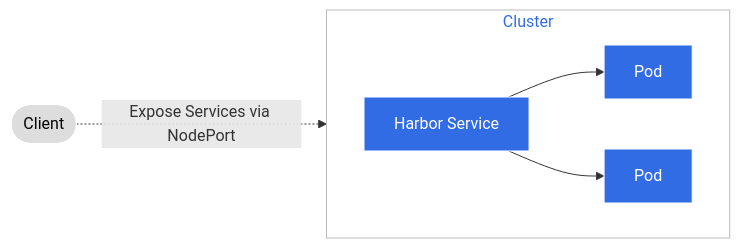
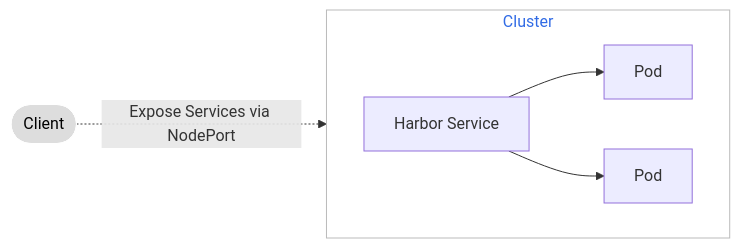
One commit to DaoCloud/DaoCloud-docs changed the second of 2 diagrams in docs/en/docs/kangaroo/best-practice/managed-harbor-select-access-type.md. Above: the diagram before and after it, drawn with Mermaid. The commit also changed other lines of this file and 24 other files, not shown here.

````diff
--- a/docs/en/docs/kangaroo/best-practice/managed-harbor-select-access-type.md
+++ b/docs/en/docs/kangaroo/best-practice/managed-harbor-select-access-type.md
@@ -142,19 +141,18 @@
 ```mermaid
 flowchart LR
 
 subgraph cluster[Cluster]
     direction LR
     harbor[Harbor Service]
     harbor --> pod1[Pod]
     harbor --> pod2[Pod]
 end
 
 client([Client]) -.->|Expose Services via NodePort| harbor
 
 classDef plain fill:#ddd,stroke:#fff,stroke-width:1px,color:#000;
 classDef k8s fill:#326ce5,stroke:#fff,stroke-width:1px,color:#fff;
 classDef cluster fill:#fff,stroke:#bbb,stroke-width:1px,color:#326ce5;
 
 class client plain;
-class ingress,harbor,pod1,pod2 k8s
 ```
````
